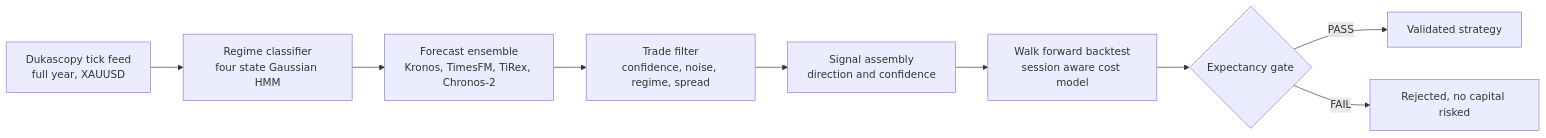
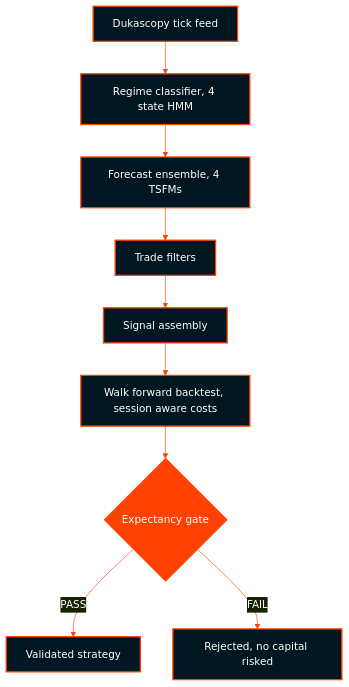
The diagram in README.md (mohamadomar-ai/kairos-engine), drawn with Mermaid before and after one commit.

Commit message:
Vertical brand colored architecture diagram

````diff
--- a/README.md
+++ b/README.md
@@ -26,11 +26,17 @@
 ```mermaid
-flowchart LR
-    A["Dukascopy tick feed\nfull year, XAUUSD"] --> B["Regime classifier\nfour state Gaussian HMM"]
-    B --> C["Forecast ensemble\nKronos, TimesFM, TiRex, Chronos-2"]
-    C --> D["Trade filter\nconfidence, noise, regime, spread"]
-    D --> E["Signal assembly\ndirection and confidence"]
-    E --> F["Walk forward backtest\nsession aware cost model"]
+%%{init: {"theme": "base", "themeVariables": {"primaryColor": "#001621", "primaryBorderColor": "#FF4103", "primaryTextColor": "#FFFFFF", "lineColor": "#FF4103"}}}%%
+flowchart TD
+    A["Dukascopy tick feed"] --> B["Regime classifier, 4 state HMM"]
+    B --> C["Forecast ensemble, 4 TSFMs"]
+    C --> D["Trade filters"]
+    D --> E["Signal assembly"]
+    E --> F["Walk forward backtest, session aware costs"]
     F --> G{"Expectancy gate"}
     G -->|PASS| H["Validated strategy"]
     G -->|FAIL| I["Rejected, no capital risked"]
+
+    classDef stage fill:#001621,stroke:#FF4103,color:#FFFFFF,stroke-width:2px;
+    classDef gate fill:#FF4103,stroke:#FF4103,color:#FFFFFF,stroke-width:2px;
+    class A,B,C,D,E,F,H,I stage;
+    class G gate;
 ```
````
